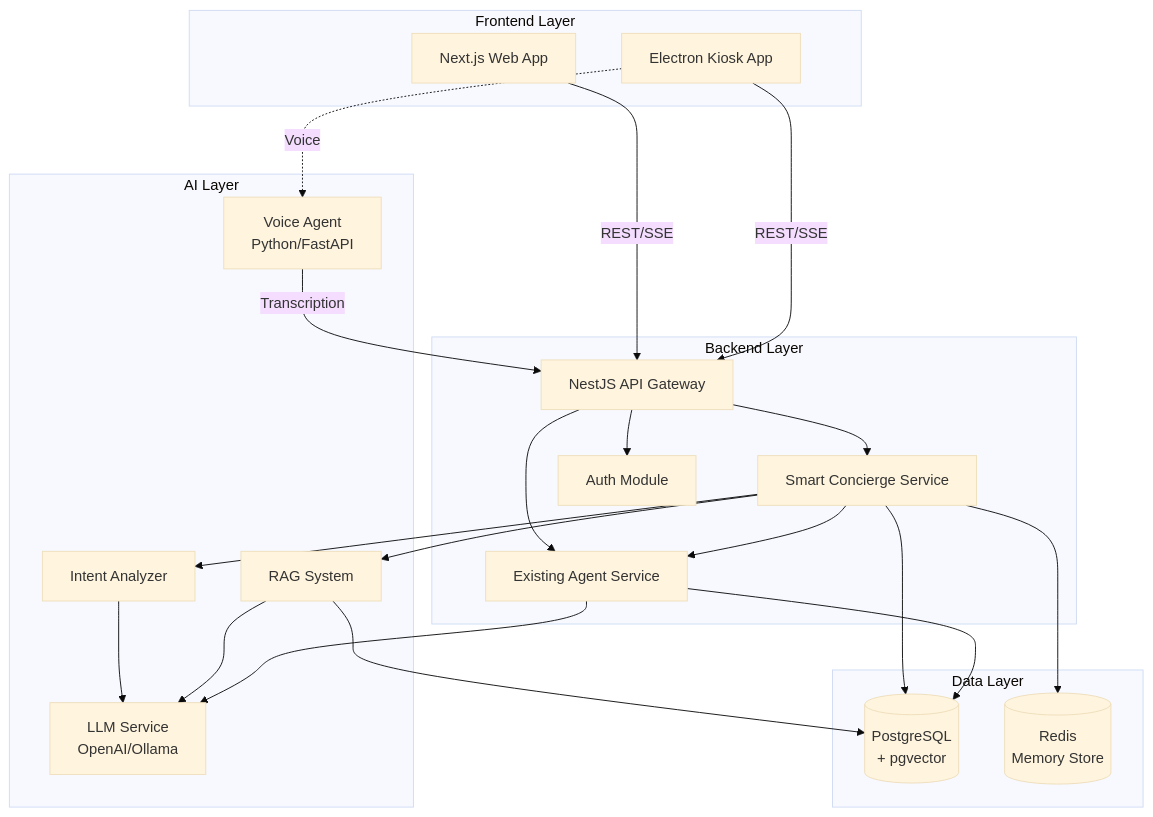
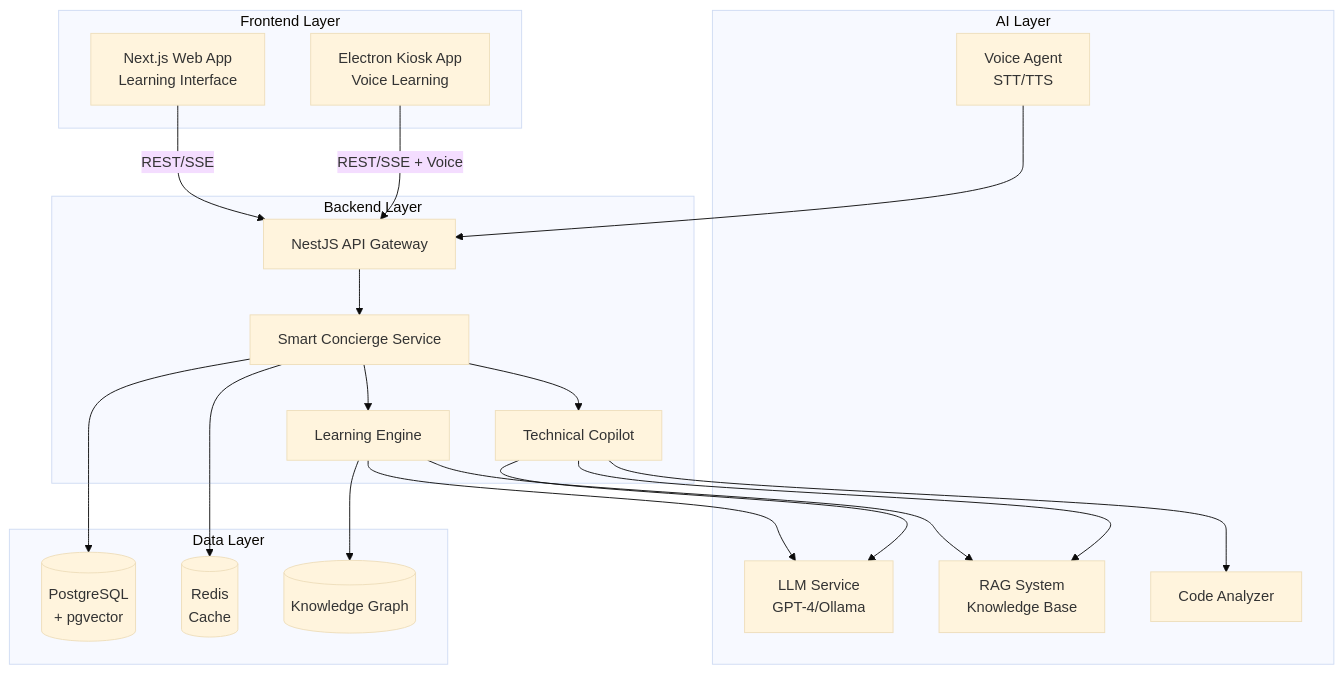
One commit to Ansh-dev-2005/Smart-Concierge changed the first of 2 diagrams in design.md. Above: the diagram before and after it, drawn with Mermaid (base theme). The commit also changed other lines of this file and 3 other files, not shown here.

First line of the commit message:
docs: Refocus Smart Concierge as learning acceleration and technical copilot

````diff
--- a/design.md
+++ b/design.md
@@ -21,49 +24,47 @@
 ```mermaid
 graph TB
     subgraph "Frontend Layer"
-        Web[Next.js Web App]
-        Kiosk[Electron Kiosk App]
+        Web[Next.js Web App<br/>Learning Interface]
+        Kiosk[Electron Kiosk App<br/>Voice Learning]
     end
     
     subgraph "Backend Layer"
         API[NestJS API Gateway]
         Concierge[Smart Concierge Service]
-        Agent[Existing Agent Service]
-        Auth[Auth Module]
+        Learning[Learning Engine]
+        Copilot[Technical Copilot]
     end
     
     subgraph "AI Layer"
-        Voice[Voice Agent<br/>Python/FastAPI]
-        Intent[Intent Analyzer]
-        RAG[RAG System]
-        LLM[LLM Service<br/>OpenAI/Ollama]
+        Voice[Voice Agent<br/>STT/TTS]
+        LLM[LLM Service<br/>GPT-4/Ollama]
+        RAG[RAG System<br/>Knowledge Base]
+        CodeAnalyzer[Code Analyzer]
     end
     
     subgraph "Data Layer"
         DB[(PostgreSQL<br/>+ pgvector)]
-        Redis[(Redis<br/>Memory Store)]
+        Redis[(Redis<br/>Cache)]
+        KnowledgeGraph[(Knowledge Graph)]
     end
     
     Web -->|REST/SSE| API
-    Kiosk -->|REST/SSE| API
-    Kiosk -.->|Voice| Voice
+    Kiosk -->|REST/SSE + Voice| API
     
     API --> Concierge
-    API --> Agent
-    API --> Auth
+    Concierge --> Learning
+    Concierge --> Copilot
     
-    Concierge --> Intent
-    Concierge --> RAG
-    Concierge --> Agent
+    Learning --> LLM
+    Learning --> RAG
+    Learning --> KnowledgeGraph
     
-    Intent --> LLM
-    RAG --> LLM
-    Agent --> LLM
+    Copilot --> LLM
+    Copilot --> CodeAnalyzer
+    Copilot --> RAG
     
-    Voice -->|Transcription| API
+    Voice --> API
     
     Concierge --> DB
     Concierge --> Redis
-    Agent --> DB
-    RAG --> DB
 ```
````
